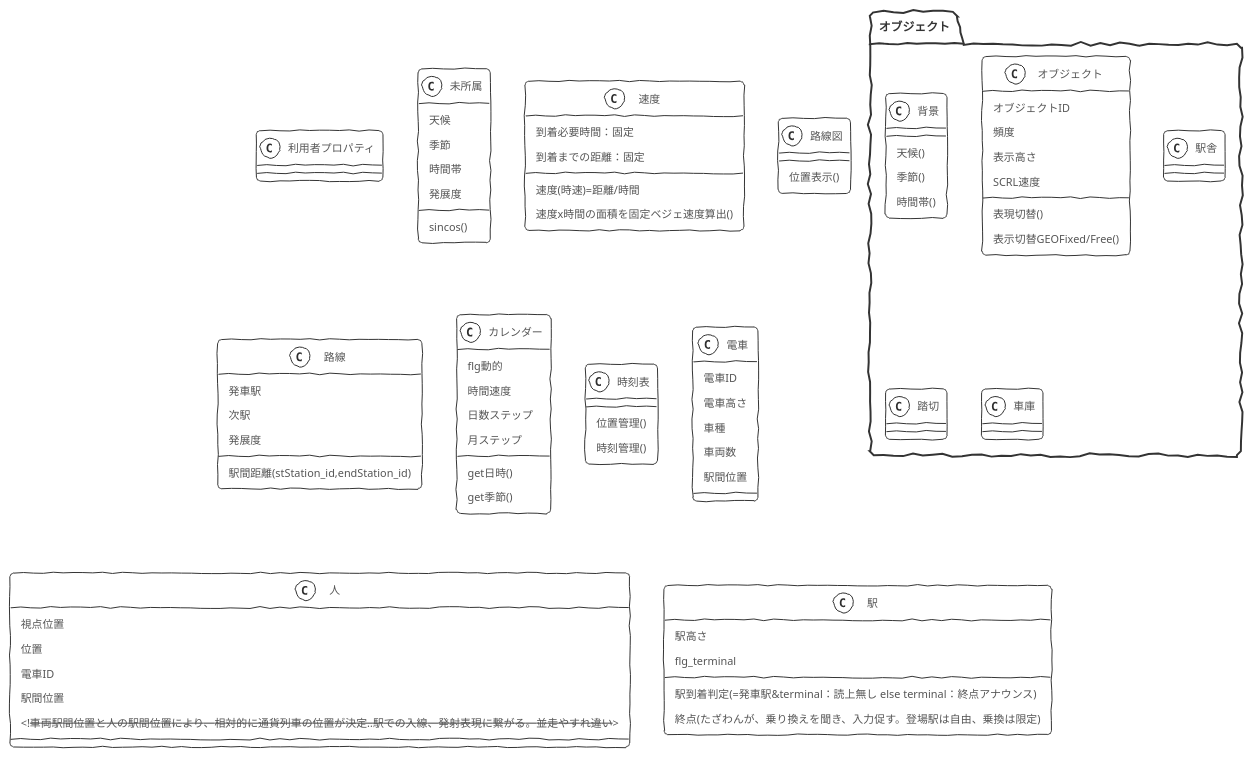
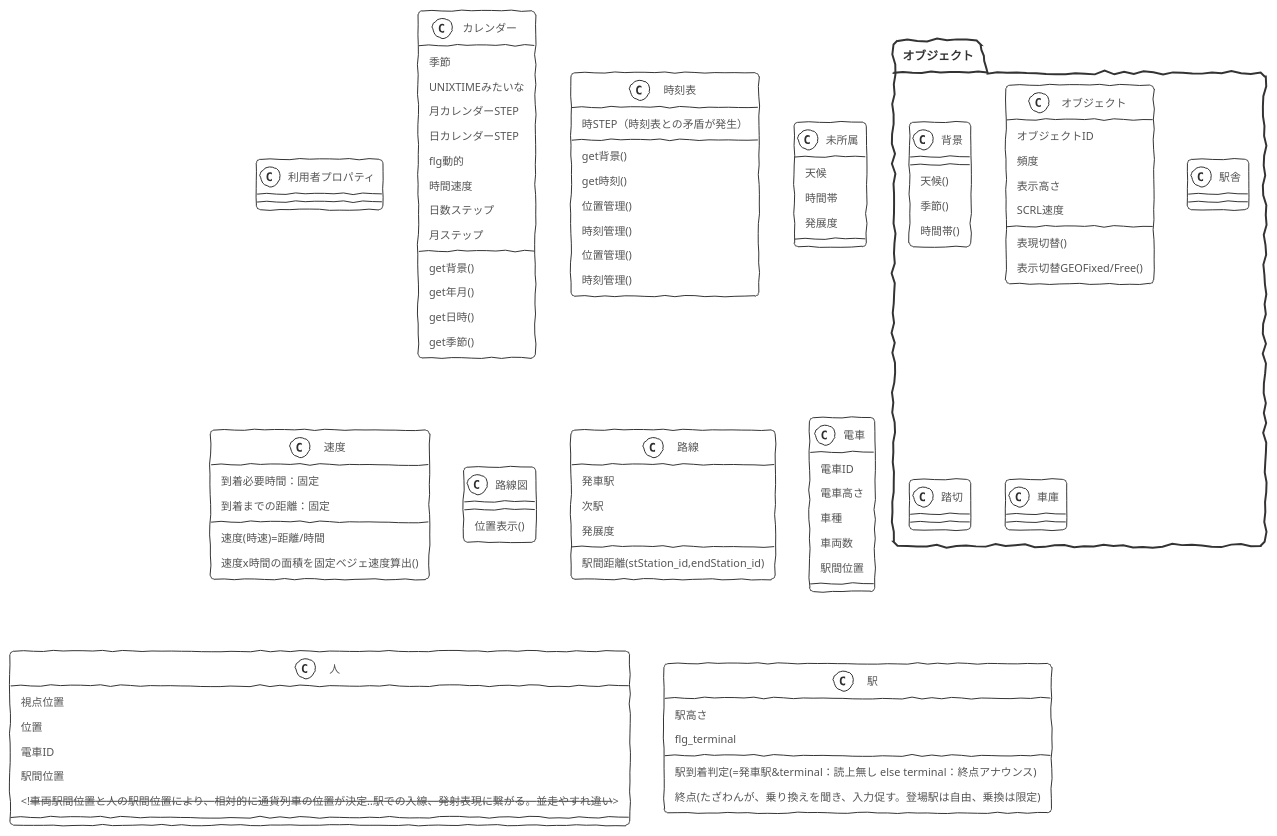
Before and after one commit to ssmxgo/tazawa_prj01: the diagram in tazawa.puml, drawn with PlantUML. The commit also changed 1 other file, not shown here.

```diff
--- a/tazawa.puml
+++ b/tazawa.puml
@@ -1,95 +1,111 @@
 @startuml まとめ
 !theme sketchy-outline
 
-class 利用者プロパティ{
+class 利用者プロパティ{}
+
+
+class カレンダー{
+    季節
+    UNIXTIMEみたいな
+    月カレンダーSTEP
+    日カレンダーSTEP
+    get背景()
+    get年月()
+}
+
+class 時刻表{
+    時STEP（時刻表との矛盾が発生）
+    get背景()
+    get時刻()
+}
+
+class 時刻表{
+    位置管理()
+    時刻管理()
 }
 
 class 未所属{
     天候
-    季節
     時間帯
     発展度
-    sincos()
 }
 
-Class 速度{
-到着必要時間：固定
-到着までの距離：固定
-速度(時速)=距離/時間
-速度x時間の面積を固定ベジェ速度算出()
+class 速度{
+    到着必要時間：固定
+    到着までの距離：固定
+    速度(時速)=距離/時間
+    速度x時間の面積を固定ベジェ速度算出()
 
 }
 
 
 
 class 路線図 {
     位置表示()
 }
 class 路線 {
     発車駅
     次駅
 駅間距離(stStation_id,endStation_id)
     発展度
 }
 class カレンダー{
     flg動的
     時間速度
     日数ステップ
     月ステップ
     get日時()
     get季節()
 }
 class 時刻表{
     位置管理()
     時刻管理()
 }
 
 class 電車 {
     電車ID
     電車高さ
     車種
     車両数
-駅間位置
+    駅間位置
 }
 
 class 人 {
     視点位置
     位置
     電車ID
-駅間位置
+    駅間位置
     <!--車両駅間位置と人の駅間位置により、相対的に通貨列車の位置が決定‥駅での入線、発射表現に繋がる。並走やすれ違い-->
 }
-
 
 class 駅 {
     駅高さ
     flg_terminal
     駅到着判定(=発車駅&terminal：読上無し else terminal：終点アナウンス)
     終点(たざわんが、乗り換えを聞き、入力促す。登場駅は自由、乗換は限定)
 }
-
 package オブジェクト{
 class 背景{
     天候()
     季節()
     時間帯()
 }
 
 
 
 '各風景 駅舎 建築物
 class オブジェクト{
     オブジェクトID
     頻度
     表示高さ
     SCRL速度
     表現切替()
     表示切替GEOFixed/Free()
 }
 class 駅舎{}
 class 踏切{}
 class 車庫{}
 
 }
 
 @enduml
```
